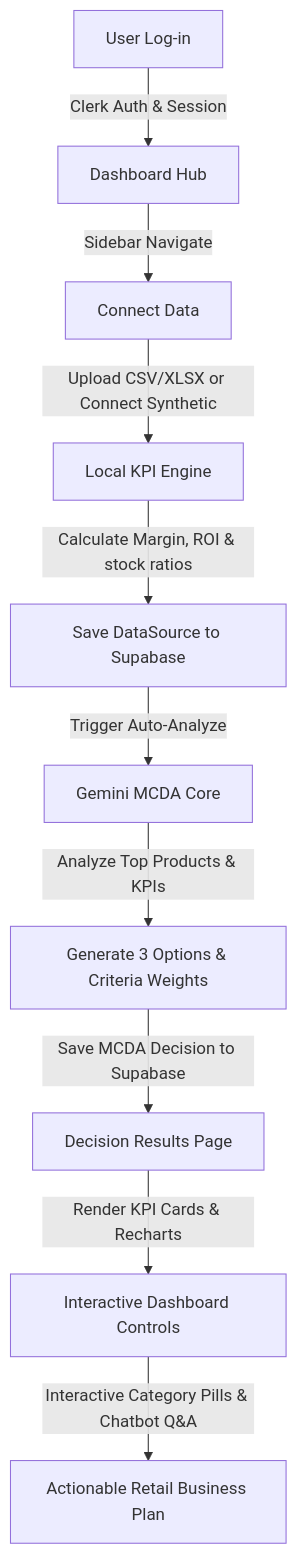
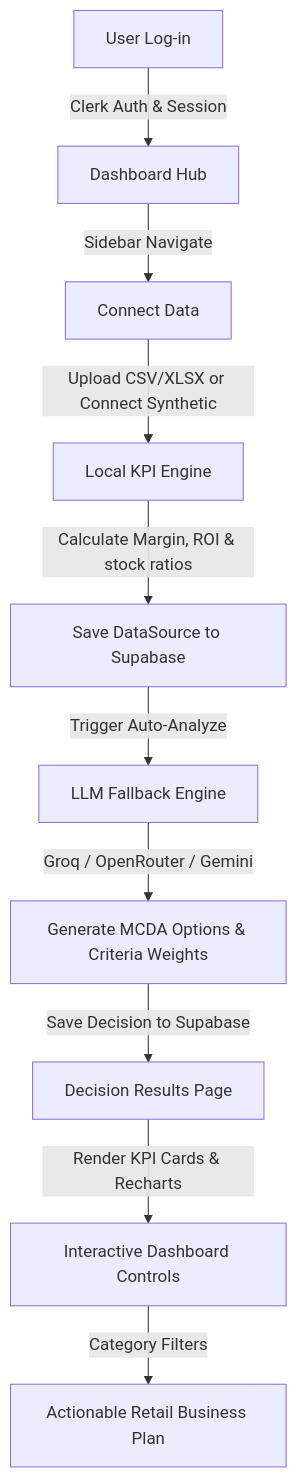
Before and after one commit to RESKCORE/KLAROS: the diagram in README.md, drawn with Mermaid. The commit also changed other lines of this file and 15 other files, not shown here.

First line of the commit message:
AHP MCDA engine, Supabase keep-alive cron, and project cleanup

````diff
--- a/README.md
+++ b/README.md
@@ -49,12 +32,12 @@
 ```mermaid
 graph TD
     A[User Log-in] -->|Clerk Auth & Session| B[Dashboard Hub]
     B -->|Sidebar Navigate| C[Connect Data]
     C -->|Upload CSV/XLSX or Connect Synthetic| D[Local KPI Engine]
     D -->|Calculate Margin, ROI & stock ratios| E[Save DataSource to Supabase]
-    E -->|Trigger Auto-Analyze| F[Gemini MCDA Core]
-    F -->|Analyze Top Products & KPIs| G[Generate 3 Options & Criteria Weights]
-    G -->|Save MCDA Decision to Supabase| H[Decision Results Page]
+    E -->|Trigger Auto-Analyze| F[LLM Fallback Engine]
+    F -->|Groq / OpenRouter / Gemini| G[Generate MCDA Options & Criteria Weights]
+    G -->|Save Decision to Supabase| H[Decision Results Page]
     H -->|Render KPI Cards & Recharts| I[Interactive Dashboard Controls]
-    I -->|Interactive Category Pills & Chatbot Q&A| J[Actionable Retail Business Plan]
+    I -->|Category Filters| J[Actionable Retail Business Plan]
 ```
````
